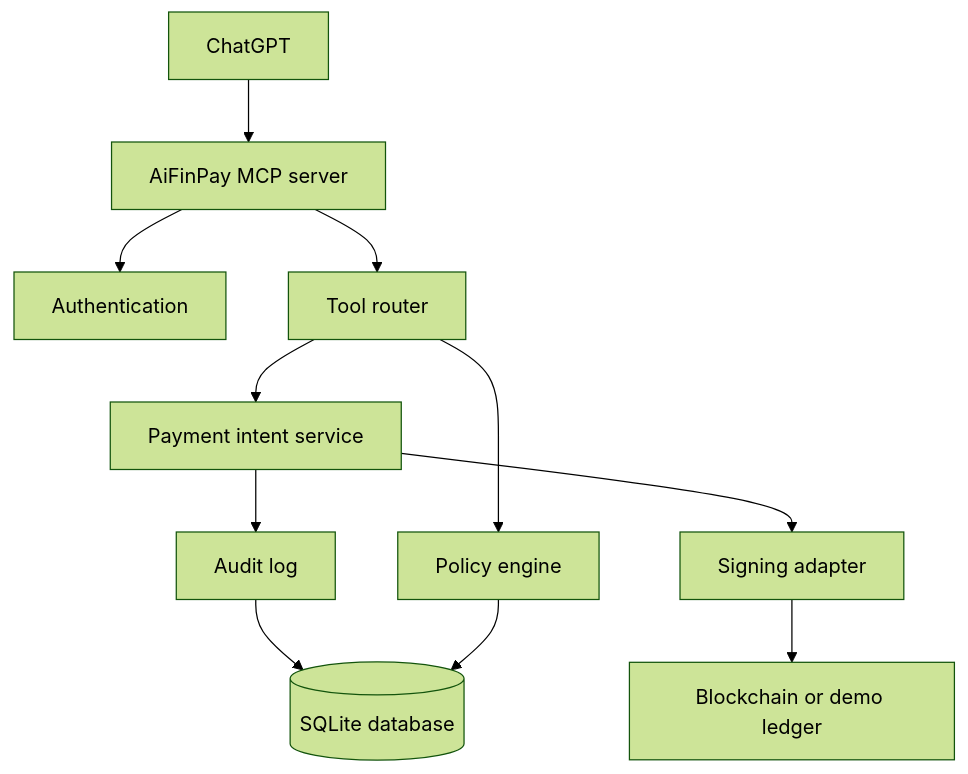
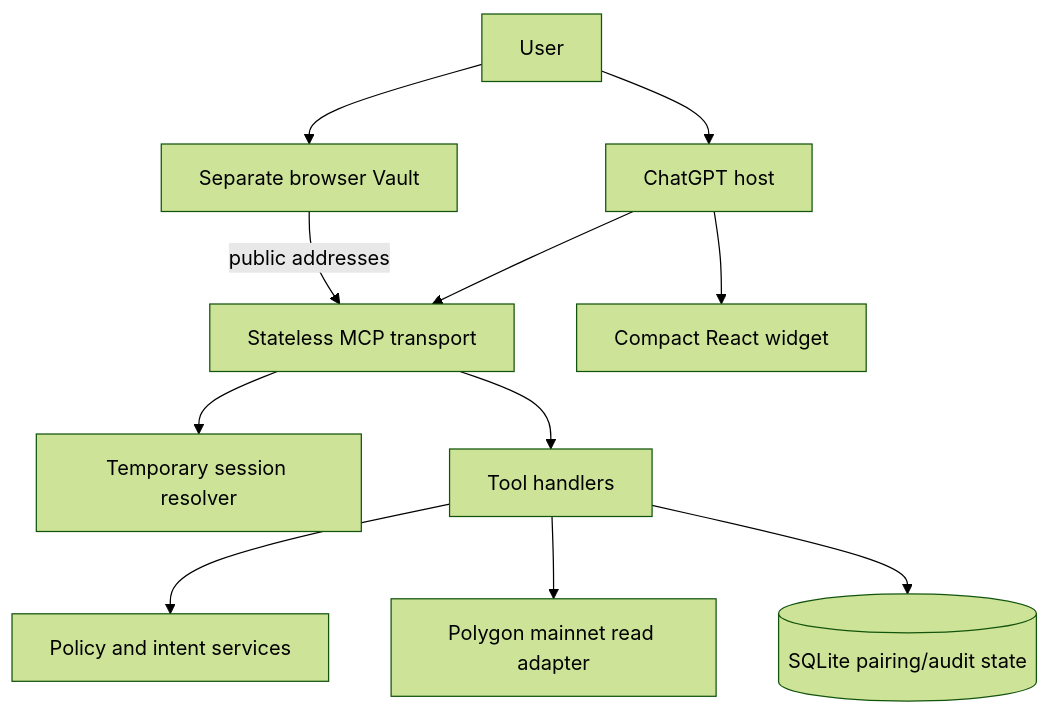
One commit to coinsecuritiescompany/GPT-wallet-AiFinPay changed the first of 2 diagrams in docs/ARCHITECTURE.md. Above: the diagram before and after it, drawn with Mermaid (forest theme). The commit also changed other lines of this file and 52 other files, not shown here.

````diff
--- a/docs/ARCHITECTURE.md
+++ b/docs/ARCHITECTURE.md
@@ -3,13 +5,13 @@
 ```mermaid
 flowchart TD
-    C[ChatGPT] --> M[AiFinPay MCP server]
-    M --> A[Authentication]
-    M --> T[Tool router]
-    T --> P[Policy engine]
-    T --> I[Payment intent service]
-    I --> S[Signing adapter]
-    S --> B[Blockchain or demo ledger]
-    I --> U[Audit log]
-    U --> D[(SQLite database)]
-    P --> D
+    U["User"] --> C["ChatGPT host"]
+    C --> M["Stateless MCP transport"]
+    M --> A["Temporary session resolver"]
+    M --> T["Tool handlers"]
+    T --> P["Policy and intent services"]
+    T --> R["Polygon mainnet read adapter"]
+    T --> S[("SQLite pairing/audit state")]
+    C --> W["Compact React widget"]
+    U --> V["Separate browser Vault"]
+    V -->|"public addresses"| M
 ```
````
